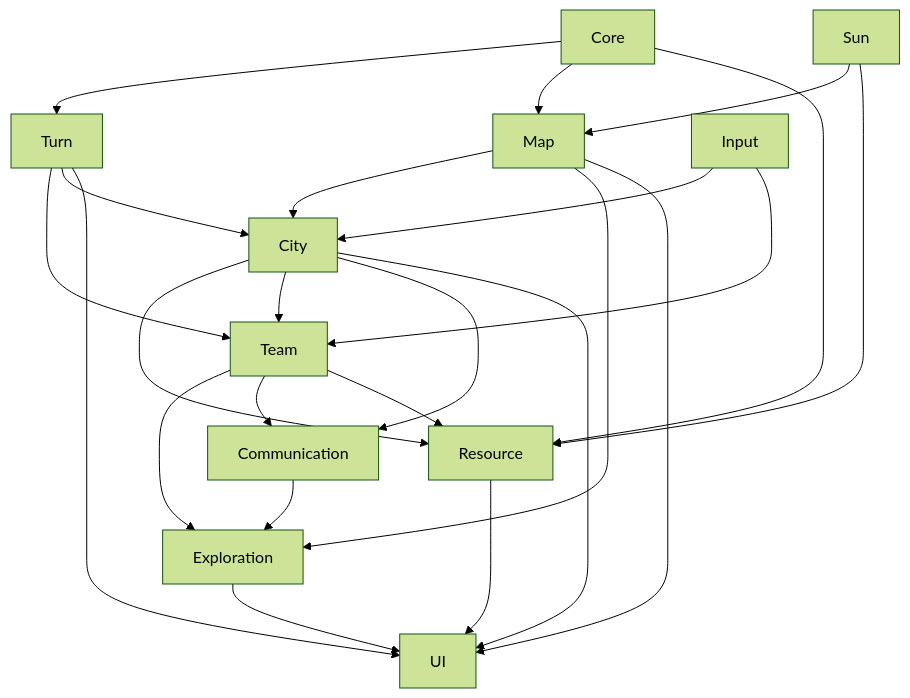
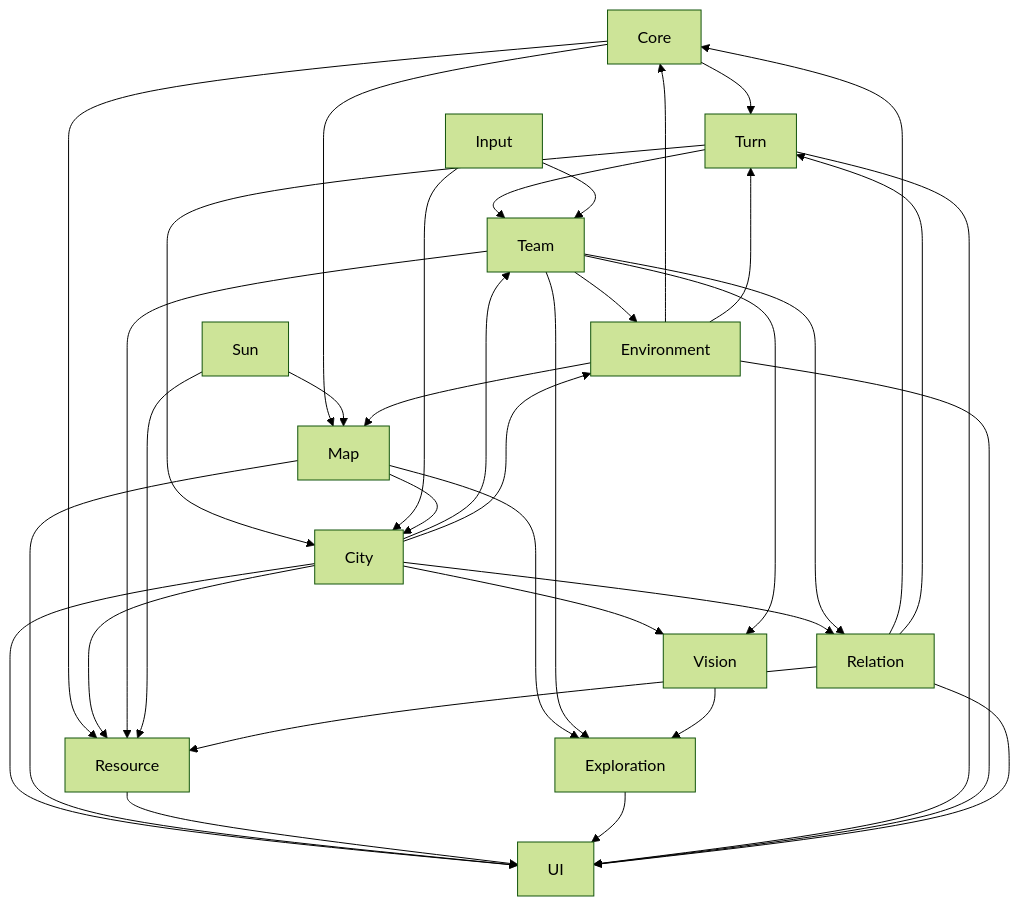
Before and after one commit to Estrella6066773/DriveToLight: the diagram in Docs/03-程序设计/01-架构总览/模块划分.md, drawn with Mermaid (forest theme). The commit also changed other lines of this file and 37 other files, not shown here.

````diff
--- a/Docs/03-程序设计/01-架构总览/模块划分.md
+++ b/Docs/03-程序设计/01-架构总览/模块划分.md
@@ -36,26 +38,38 @@
 ```mermaid
 flowchart TD
     Core --> Turn
     Core --> Map
     Core --> Resource
     Turn --> Team
     Turn --> City
     Input --> City
     Input --> Team
     Map --> City
     Map --> Exploration
     City --> Resource
     City --> Team
-    City --> Communication
+    City --> Vision
     Team --> Exploration
-    Team --> Communication
+    Team --> Vision
     Team --> Resource
     Sun --> Map
     Sun --> Resource
-    Communication --> Exploration
+    Environment --> Core
+    Environment --> Map
+    Environment --> Turn
+    Relation --> Core
+    Relation --> Turn
+    Relation --> Resource
+    Vision --> Exploration
+    City --> Environment
+    City --> Relation
+    Team --> Environment
+    Team --> Relation
     City --> UI
     Map --> UI
     Resource --> UI
     Exploration --> UI
     Turn --> UI
+    Environment --> UI
+    Relation --> UI
 ```
````
